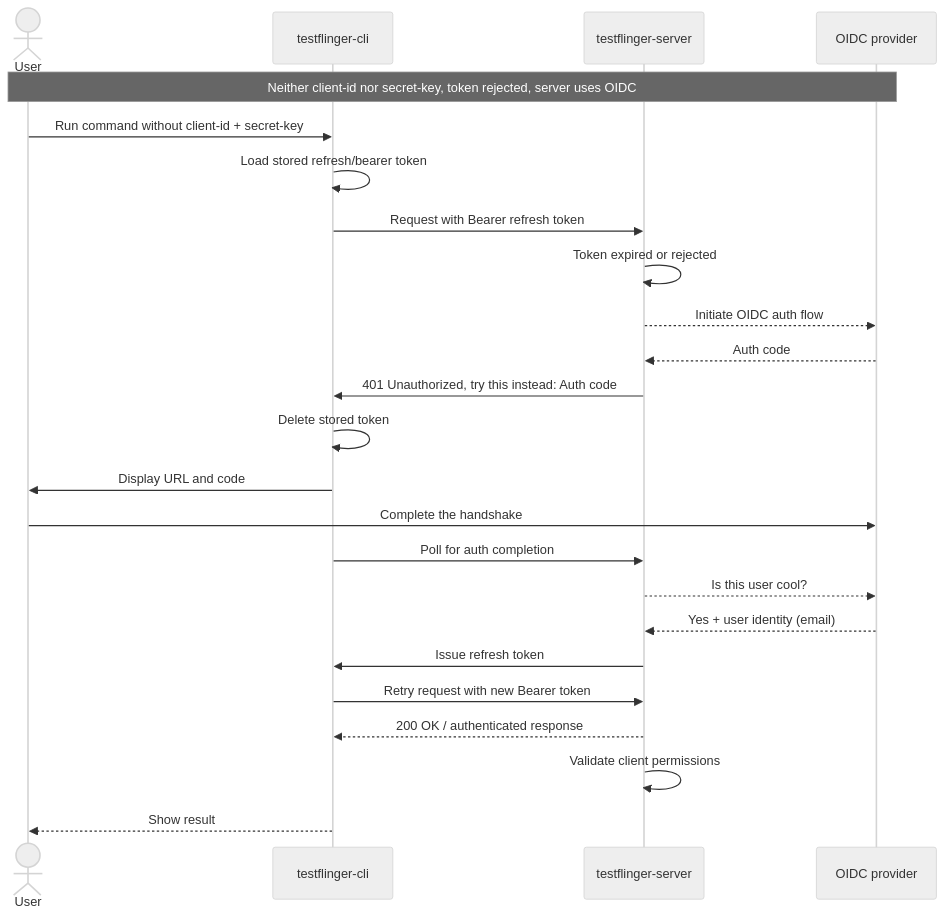
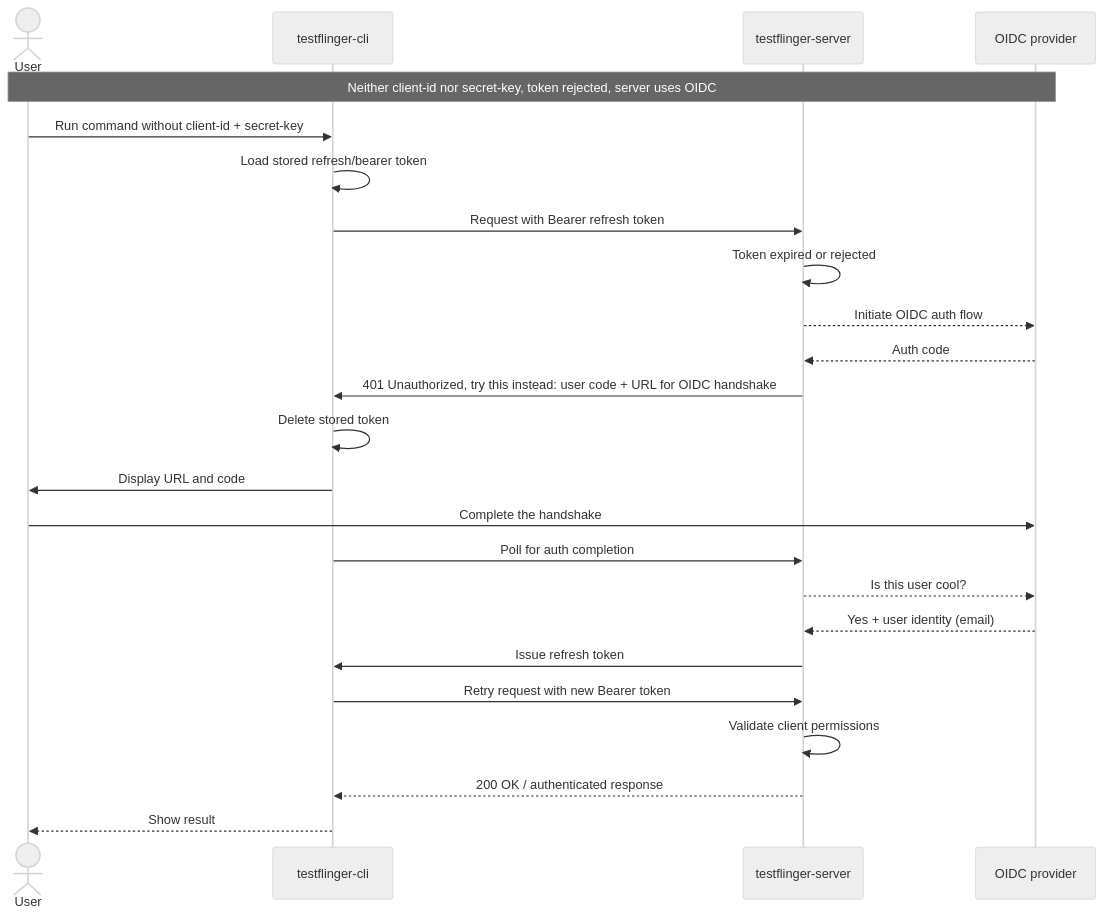
One commit to canonical/testflinger changed the fourth of 7 diagrams in docs/explanation/authentication.rst. Above: the diagram before and after it, drawn with Mermaid (neutral theme). The commit also changed other lines of this file, not shown here.

```diff
--- a/docs/explanation/authentication.rst
+++ b/docs/explanation/authentication.rst
@@ -111,30 +115,30 @@
 .. mermaid::
     :alt: Sequence diagram showing a refresh token being rejected and the server initiating OIDC process
     :caption: Sequence diagram showing a refresh token being rejected and the server initiating OIDC process
     :align: center
 
     sequenceDiagram
         actor User
         participant CLI as testflinger-cli
         participant Server as testflinger-server
         participant OIDC as OIDC provider
 
         Note over User,OIDC: Neither client-id nor secret-key, token rejected, server uses OIDC
         User->>CLI: Run command without client-id + secret-key
         CLI->>CLI: Load stored refresh/bearer token
         CLI->>Server: Request with Bearer refresh token
         Server->>Server: Token expired or rejected
         Server-->>OIDC: Initiate OIDC auth flow
         OIDC-->>Server: Auth code
-        Server->>CLI: 401 Unauthorized, try this instead: Auth code
+        Server->>CLI: 401 Unauthorized, try this instead: user code + URL for OIDC handshake
         CLI->>CLI: Delete stored token
         CLI->>User: Display URL and code
         User->>OIDC: Complete the handshake
         CLI->>Server: Poll for auth completion
         Server-->>OIDC: Is this user cool?
         OIDC-->>Server: Yes + user identity (email)
         Server->>CLI: Issue refresh token
         CLI->>Server: Retry request with new Bearer token
+        Server->>Server: Validate client permissions
         Server-->>CLI: 200 OK / authenticated response
-        Server->>Server: Validate client permissions
         CLI-->>User: Show result
```
